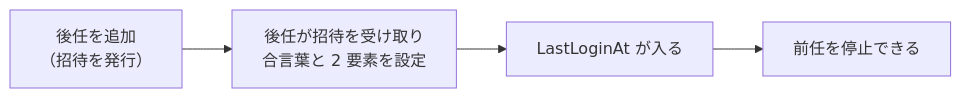
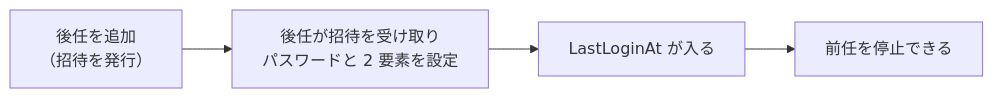
Before and after one commit to vehiclevisionjp/VehicleVision.PleasanterTools.Questionnaire: the diagram in _documents/管理者の棚卸し-運用手順書.md, drawn with Mermaid. The commit also changed other lines of this file and 54 other files, not shown here.

````diff
--- a/_documents/管理者の棚卸し-運用手順書.md
+++ b/_documents/管理者の棚卸し-運用手順書.md
@@ -111,6 +111,6 @@
 ```mermaid
 flowchart LR
-    A["後任を追加<br/>（招待を発行）"] --> B["後任が招待を受け取り<br/>合言葉と 2 要素を設定"]
+    A["後任を追加<br/>（招待を発行）"] --> B["後任が招待を受け取り<br/>パスワードと 2 要素を設定"]
     B --> C["LastLoginAt が入る"]
     C --> D["前任を停止できる"]
 ```
````
